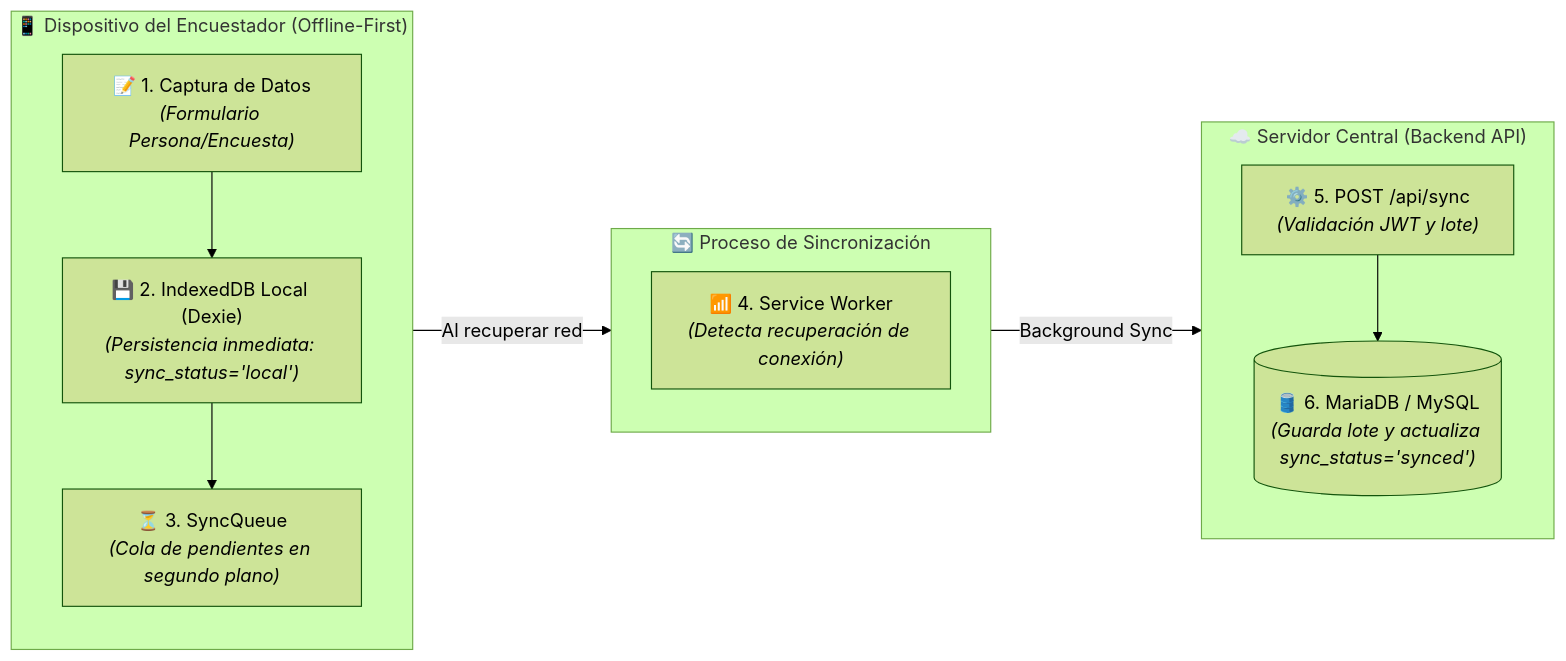
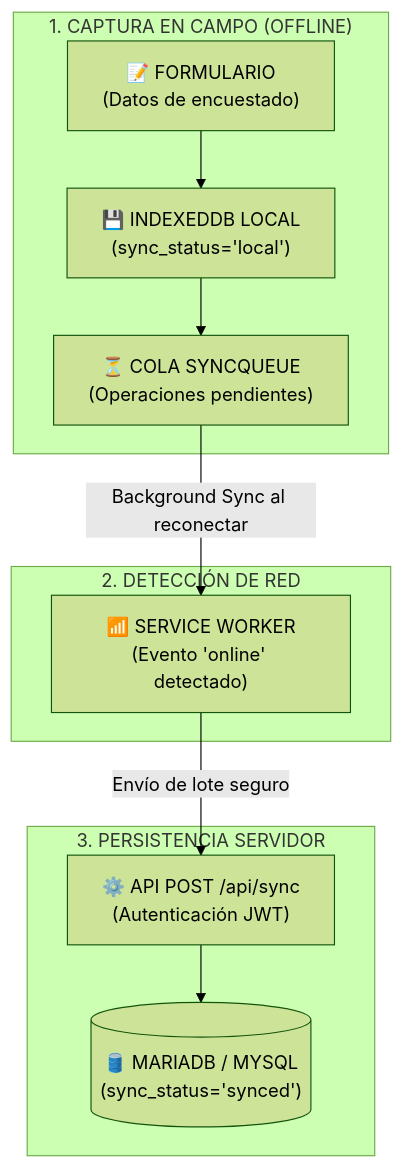
Before and after one commit to Santiago072/ModuloCRUD: the diagram in docs/Especificacion_Requisitos.md, drawn with Mermaid (forest theme). The commit also changed other lines of this file, not shown here.

Commit message:
docs: convertir diagrama de flujo offline-first a flowchart TD con etiquetas concisas y tabla explicativa

````diff
--- a/docs/Especificacion_Requisitos.md
+++ b/docs/Especificacion_Requisitos.md
@@ -40,27 +40,22 @@
 ```mermaid
-graph LR
-    subgraph CLIENTE["📱 Dispositivo del Encuestador (Offline-First)"]
-        direction TB
-        ACT["📝 1. Captura de Datos<br/><i>(Formulario Persona/Encuesta)</i>"]
-        IDB["💾 2. IndexedDB Local (Dexie)<br/><i>(Persistencia inmediata: sync_status='local')</i>"]
-        QUEUE["⏳ 3. SyncQueue<br/><i>(Cola de pendientes en segundo plano)</i>"]
-
-        ACT --> IDB --> QUEUE
+flowchart TD
+    subgraph S1["1. CAPTURA EN CAMPO (OFFLINE)"]
+        A["📝 FORMULARIO\n(Datos de encuestado)"]
+        B["💾 INDEXEDDB LOCAL\n(sync_status='local')"]
+        C["⏳ COLA SYNCQUEUE\n(Operaciones pendientes)"]
+        A --> B --> C
     end
 
-    subgraph SYNC["🔄 Proceso de Sincronización"]
-        direction TB
-        SW["📶 4. Service Worker<br/><i>(Detecta recuperación de conexión)</i>"]
+    subgraph S2["2. DETECCIÓN DE RED"]
+        D["📶 SERVICE WORKER\n(Evento 'online' detectado)"]
     end
 
-    subgraph SERVER["☁️ Servidor Central (Backend API)"]
-        direction TB
-        API["⚙️ 5. POST /api/sync<br/><i>(Validación JWT y lote)</i>"]
-        MYSQL[("🛢️ 6. MariaDB / MySQL<br/><i>(Guarda lote y actualiza sync_status='synced')</i>")]
-
-        API --> MYSQL
+    subgraph S3["3. PERSISTENCIA SERVIDOR"]
+        E["⚙️ API POST /api/sync\n(Autenticación JWT)"]
+        F[("🛢️ MARIADB / MYSQL\n(sync_status='synced')")]
+        E --> F
     end
 
-    QUEUE -->|"Al recuperar red"| SW
-    SW -->|"Background Sync"| API
+    C -->|"Background Sync al reconectar"| D
+    D -->|"Envío de lote seguro"| E
 ```
````
